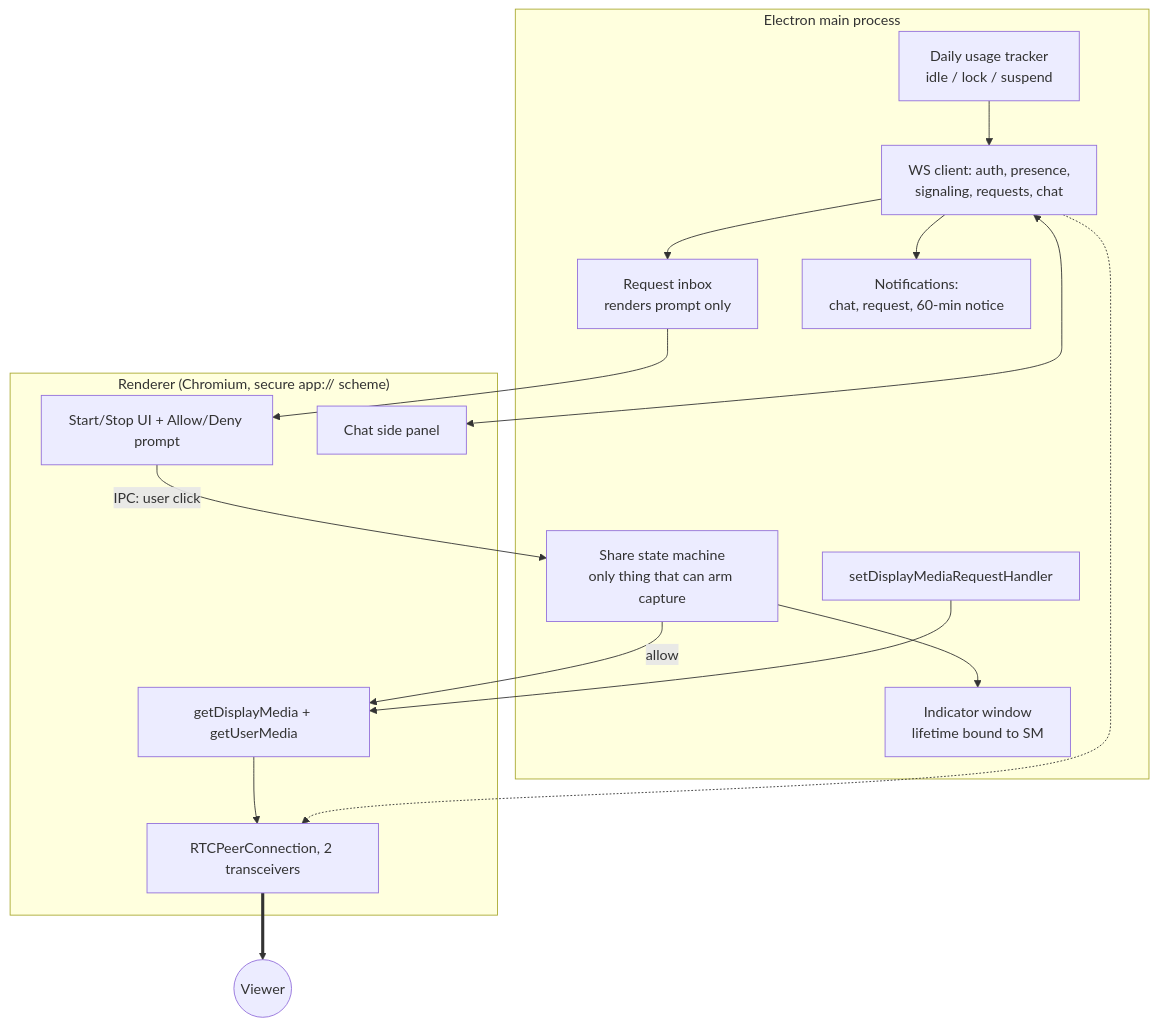
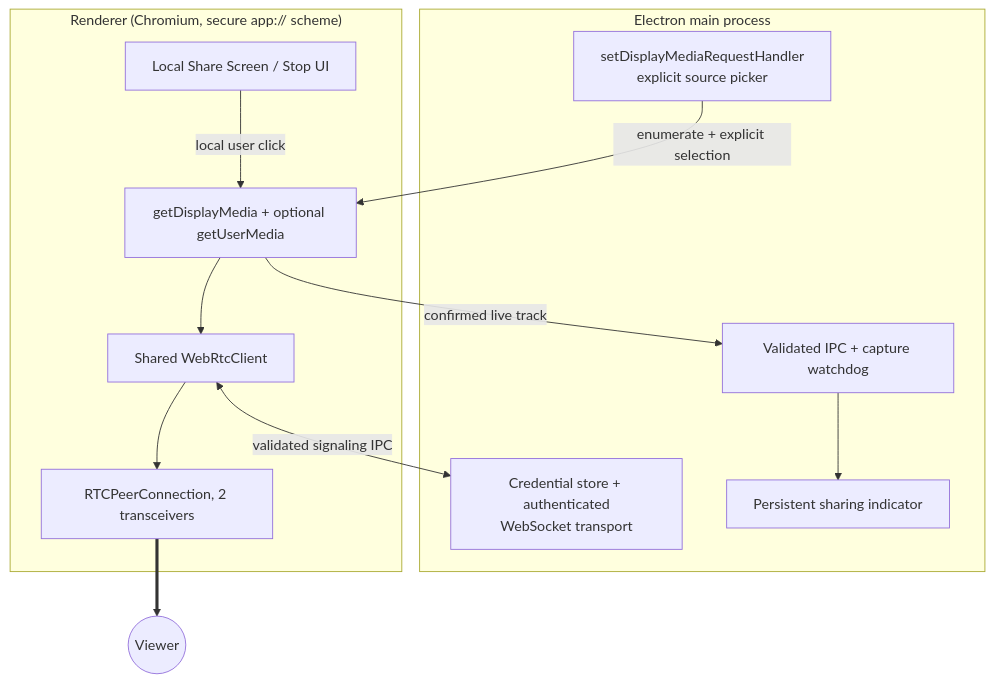
The second of 6 diagrams in docs/ARCHITECTURE.md (0xyusufz/live-presence), drawn with Mermaid before and after one commit. The commit also changed other lines of this file and 68 other files, not shown here.

Commit message:
Build live presence desktop and viewer foundation

````diff
--- a/docs/ARCHITECTURE.md
+++ b/docs/ARCHITECTURE.md
@@ -55,28 +55,22 @@
 ```mermaid
 graph TB
     subgraph Main["Electron main process"]
-        SM["Share state machine<br/>only thing that can arm capture"]
-        WS["WS client: auth, presence,<br/>signaling, requests, chat"]
-        IND["Indicator window<br/>lifetime bound to SM"]
-        DMH["setDisplayMediaRequestHandler"]
-        REQ["Request inbox<br/>renders prompt only"]
-        USE["Daily usage tracker<br/>idle / lock / suspend"]
-        NOTE["Notifications:<br/>chat, request, 60-min notice"]
+        AUTH["Credential store + authenticated<br/>WebSocket transport"]
+        IPC["Validated IPC + capture watchdog"]
+        IND["Persistent sharing indicator"]
+        DMH["setDisplayMediaRequestHandler<br/>explicit source picker"]
     end
     subgraph Rend["Renderer (Chromium, secure app:// scheme)"]
-        UI["Start/Stop UI + Allow/Deny prompt"]
-        CHAT["Chat side panel"]
-        CAP["getDisplayMedia + getUserMedia"]
+        UI["Local Share Screen / Stop UI"]
+        CAP["getDisplayMedia + optional getUserMedia"]
+        CLIENT["Shared WebRtcClient"]
         PC["RTCPeerConnection, 2 transceivers"]
     end
-    UI -->|"IPC: user click"| SM
-    SM -->|"allow"| CAP --> PC
-    SM --> IND
-    DMH --> CAP
-    WS -.-> PC
-    WS --> REQ --> UI
-    WS --> NOTE
-    WS <--> CHAT
-    USE --> WS
+    UI -->|"local user click"| CAP
+    DMH -->|"enumerate + explicit selection"| CAP
+    CAP --> CLIENT --> PC
+    CLIENT <-->|"validated signaling IPC"| AUTH
+    IPC --> IND
+    CAP -->|"confirmed live track"| IPC
     PC ==> OUT(("Viewer"))
 ```
````
